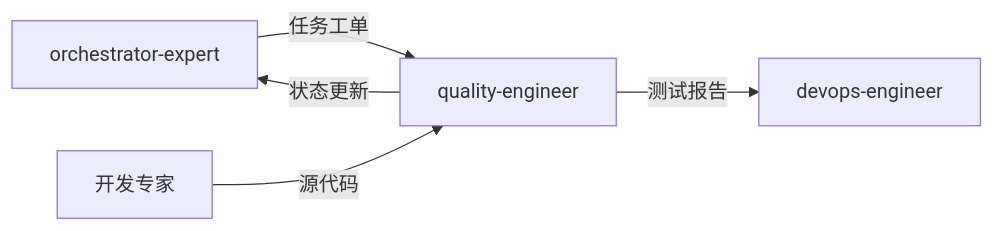
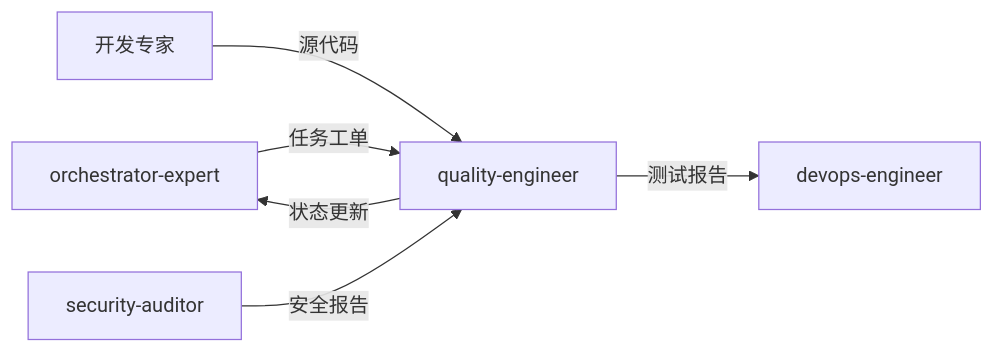
The diagram in skills/quality-engineer/SKILL.md (Tooooommy/Trae-Workflow), drawn with Mermaid before and after one commit. The commit also changed other lines of this file and 17 other files, not shown here.

````diff
--- a/skills/quality-engineer/SKILL.md
+++ b/skills/quality-engineer/SKILL.md
@@ -89,7 +76,8 @@
 ```mermaid
 flowchart LR
     A[orchestrator-expert] -->|任务工单| B[quality-engineer]
     C[开发专家] -->|源代码| B
-    B -->|测试报告| D[devops-engineer]
+    D[security-auditor] -->|安全报告| B
+    B -->|测试报告| E[devops-engineer]
     B -->|状态更新| A
 ```
````
